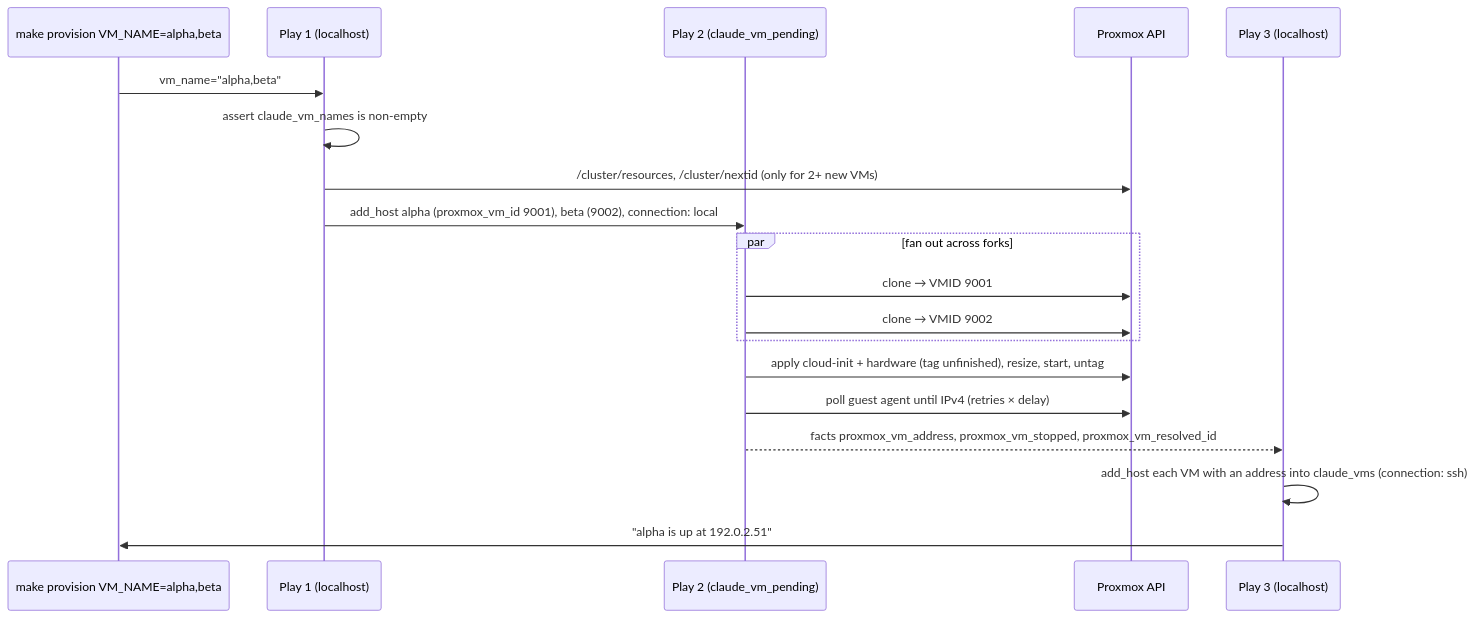
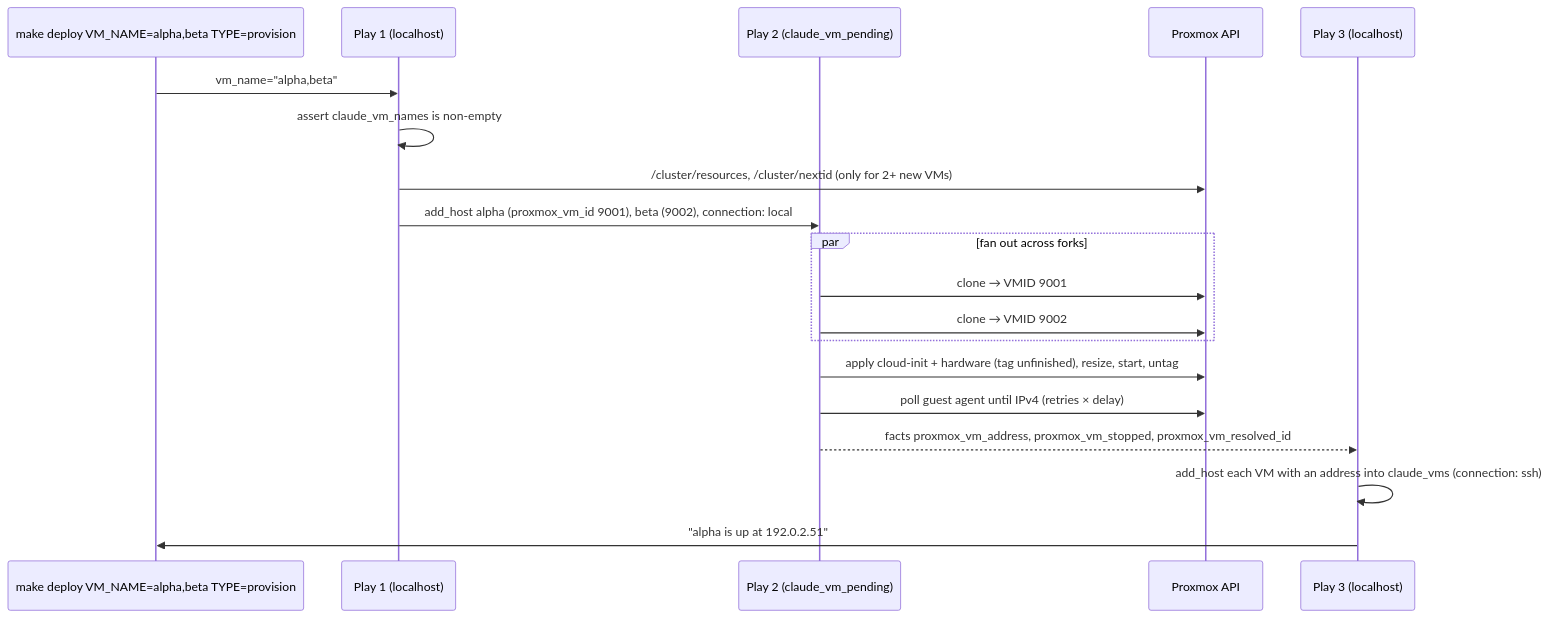
Before and after one commit to kawadeomkar/claude-on-proxmox: the second of 2 diagrams in docs/architecture/lifecycle.md, drawn with Mermaid. The commit also changed other lines of this file and 105 other files, not shown here.

````diff
--- a/docs/architecture/lifecycle.md
+++ b/docs/architecture/lifecycle.md
@@ -32,22 +32,22 @@
 ```mermaid
 sequenceDiagram
-    participant U as make provision VM_NAME=alpha,beta
+    participant U as make deploy VM_NAME=alpha,beta TYPE=provision
     participant P1 as Play 1 (localhost)
     participant P2 as Play 2 (claude_vm_pending)
     participant PX as Proxmox API
     participant P3 as Play 3 (localhost)
 
     U->>P1: vm_name="alpha,beta"
     P1->>P1: assert claude_vm_names is non-empty
     P1->>PX: /cluster/resources, /cluster/nextid (only for 2+ new VMs)
     P1->>P2: add_host alpha (proxmox_vm_id 9001), beta (9002), connection: local
     par fan out across forks
         P2->>PX: clone → VMID 9001
         P2->>PX: clone → VMID 9002
     end
     P2->>PX: apply cloud-init + hardware (tag unfinished), resize, start, untag
     P2->>PX: poll guest agent until IPv4 (retries × delay)
     P2-->>P3: facts proxmox_vm_address, proxmox_vm_stopped, proxmox_vm_resolved_id
     P3->>P3: add_host each VM with an address into claude_vms (connection: ssh)
     P3->>U: "alpha is up at 192.0.2.51"
 ```
````
